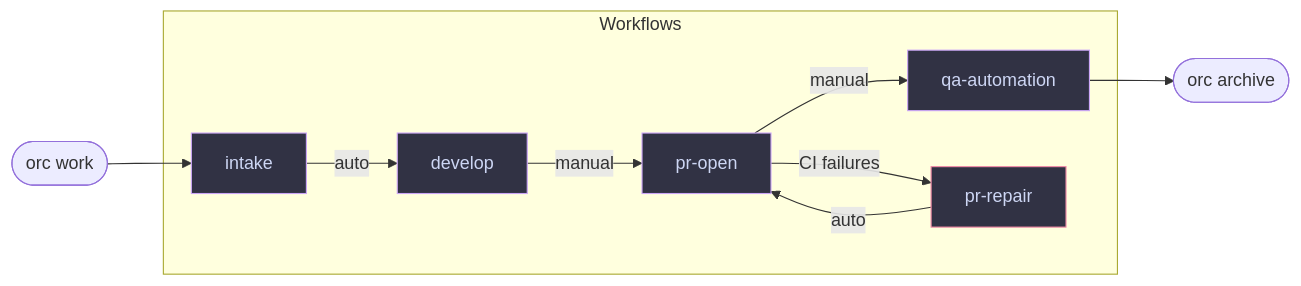
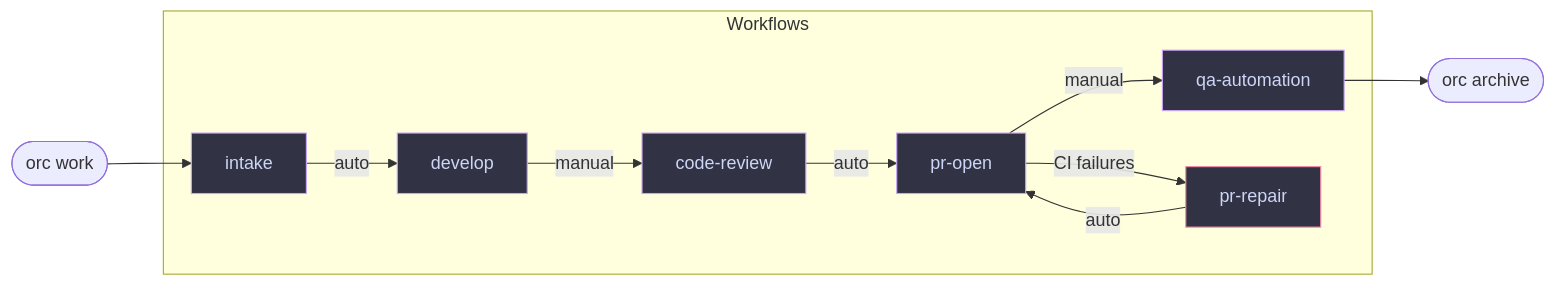
Before and after one commit to cengebretson/tmux-orc: the first of 2 diagrams in README.md, drawn with Mermaid. The commit also changed other lines of this file and 1 other file, not shown here.

First line of the commit message:
update docs for worker assignment flip and code-review workflow

````diff
--- a/README.md
+++ b/README.md
@@ -104,20 +104,22 @@
 ```mermaid
 flowchart LR
     W([orc work]) --> intake
 
     subgraph Workflows
         intake -->|auto| develop
-        develop -->|manual| pr-open
+        develop -->|manual| code-review
+        code-review -->|auto| pr-open
         pr-open -->|manual| qa-automation
         pr-open -->|CI failures| pr-repair
         pr-repair -->|auto| pr-open
     end
 
     qa-automation --> A([orc archive])
 
     style intake fill:#313244,stroke:#cba6f7,color:#cdd6f4
     style develop fill:#313244,stroke:#cba6f7,color:#cdd6f4
+    style code-review fill:#313244,stroke:#cba6f7,color:#cdd6f4
     style pr-open fill:#313244,stroke:#cba6f7,color:#cdd6f4
     style pr-repair fill:#313244,stroke:#f38ba8,color:#cdd6f4
     style qa-automation fill:#313244,stroke:#cba6f7,color:#cdd6f4
 ```
````
